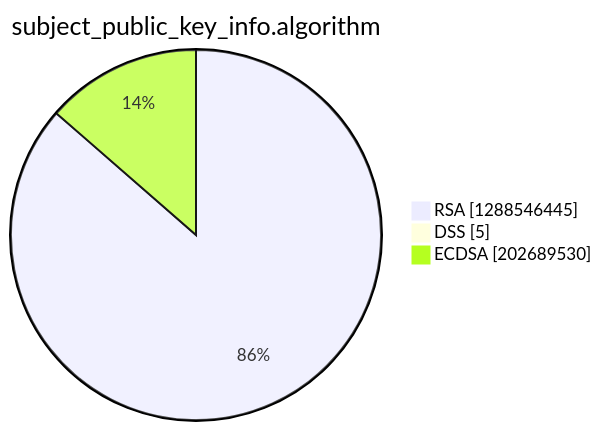
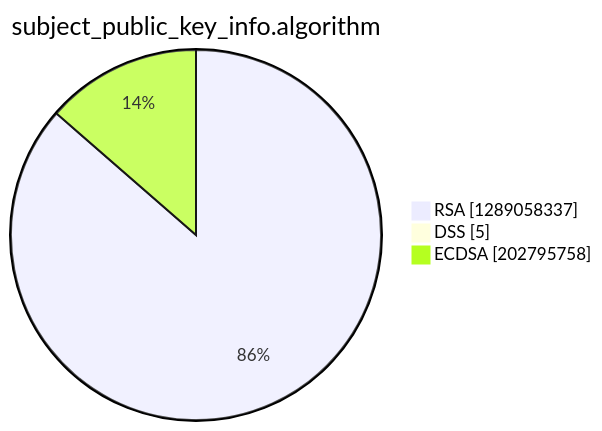
The third of 15 diagrams in argon2022/README.md (christiankrug/ctmonitor_visualization), drawn with Mermaid before and after one commit. The commit also changed other lines of this file, not shown here.

````diff
--- a/argon2022/README.md
+++ b/argon2022/README.md
@@ -14,7 +14,7 @@
 ```mermaid
 pie showData
 title subject_public_key_info.algorithm
-"RSA" :1288546445
+"RSA" :1289058337
 "DSS" :5
-"ECDSA" :202689530
+"ECDSA" :202795758
 ```
````
